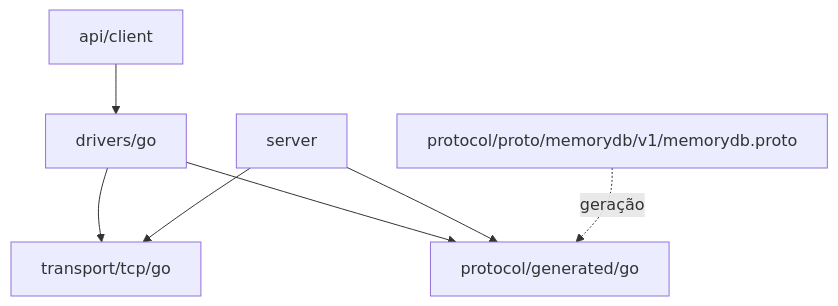
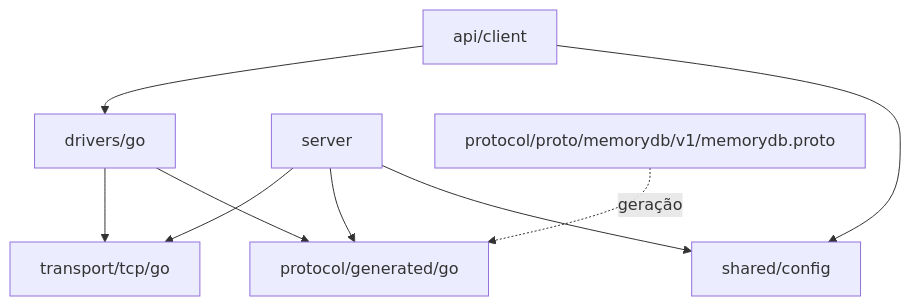
Before and after one commit to pescador95/memorydb: the first of 3 diagrams in docs/tecnica/ARQUITETURA.md, drawn with Mermaid. The commit also changed other lines of this file and 19 other files, not shown here.

````diff
--- a/docs/tecnica/ARQUITETURA.md
+++ b/docs/tecnica/ARQUITETURA.md
@@ -47,12 +54,14 @@
 ```mermaid
 flowchart TD
     API["api/client"] --> Driver["drivers/go"]
+    API --> Shared["shared/config"]
     Driver --> TCP["transport/tcp/go"]
     Driver --> Generated["protocol/generated/go"]
 
     Server["server"] --> TCP
     Server --> Generated
+    Server --> Shared
 
     Schema["protocol/proto/memorydb/v1/memorydb.proto"]
     Schema -. geração .-> Generated
 ```
````
